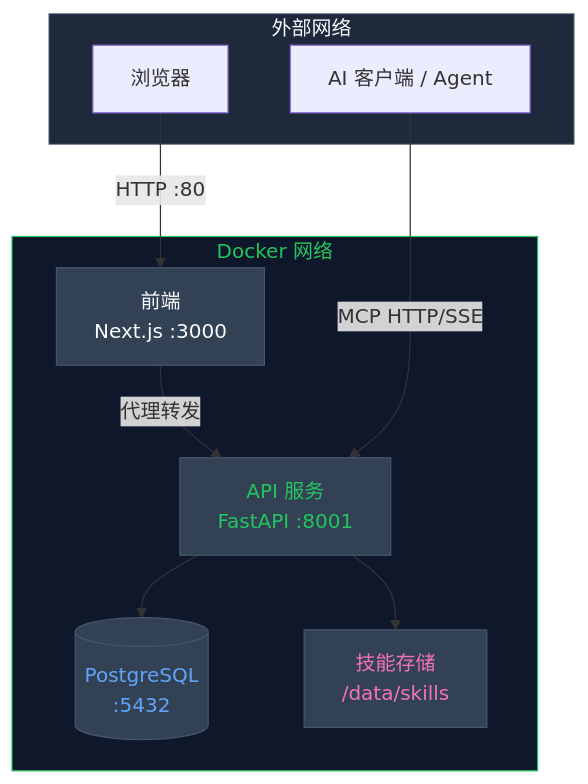
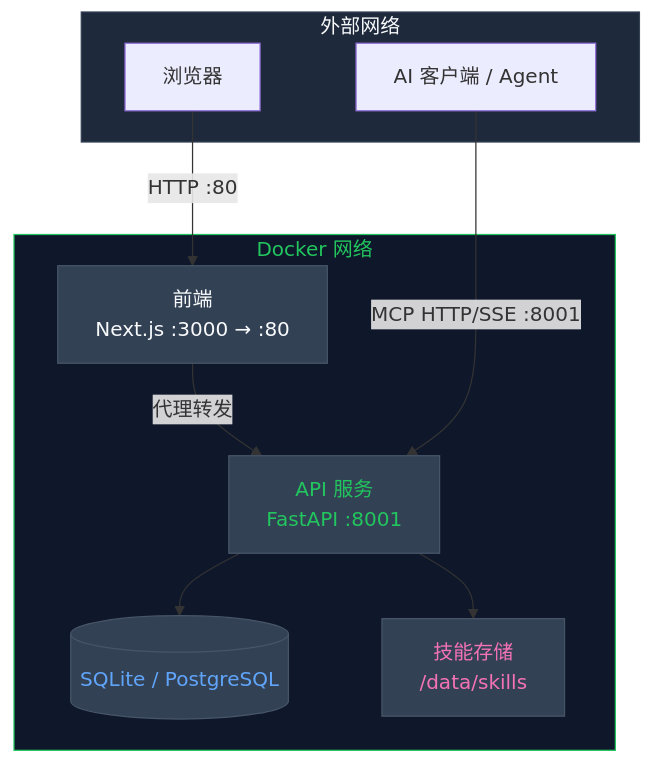
The first of 2 diagrams in README_ZH.md (jiabai/open-skillhub), drawn with Mermaid before and after one commit. The commit also changed other lines of this file and 2 other files, not shown here.

Commit message:
docs: 更新文档，明确 SQLite 为默认数据库并整理 API 端点

````diff
--- a/README_ZH.md
+++ b/README_ZH.md
@@ -122,27 +128,27 @@
 ```mermaid
 graph TB
     subgraph External["外部网络"]
         Browser["浏览器"]
         AIAgent["AI 客户端 / Agent"]
     end
 
     subgraph Docker["Docker 网络"]
-        Frontend["前端<br/>Next.js :3000"]
+        Frontend["前端<br/>Next.js :3000 → :80"]
         API["API 服务<br/>FastAPI :8001"]
-        DB[(PostgreSQL<br/>:5432)]
+        DB[(SQLite / PostgreSQL)]
         Storage["技能存储<br/>/data/skills"]
     end
 
     Browser -->|HTTP :80| Frontend
     Frontend -->|代理转发| API
-    AIAgent -->|MCP HTTP/SSE| API
+    AIAgent -->|MCP HTTP/SSE :8001| API
     API --> DB
     API --> Storage
 
     style External fill:#1e293b,stroke:#334155,color:#f8fafc
     style Docker fill:#0f172a,stroke:#22c55e,color:#22c55e
     style Frontend fill:#334155,stroke:#475569,color:#f8fafc
     style API fill:#334155,stroke:#475569,color:#22c55e
     style DB fill:#334155,stroke:#475569,color:#60a5fa
     style Storage fill:#334155,stroke:#475569,color:#f472b6
 ```
````
